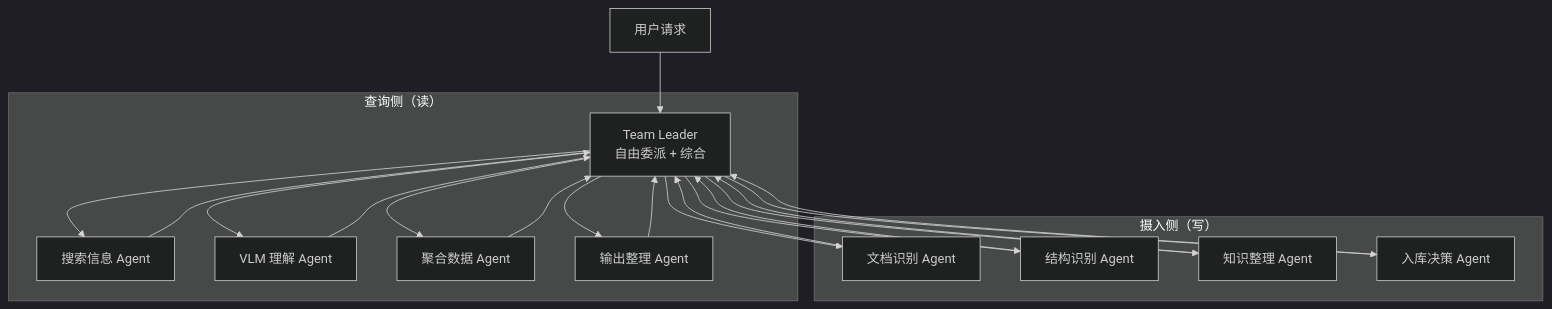
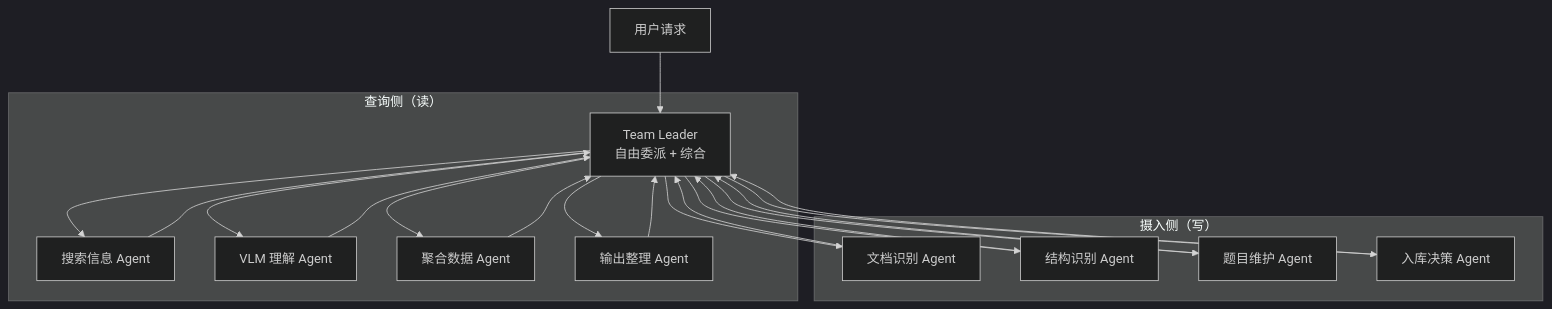
One commit to ttzc/gaokao_rag changed the second of 3 diagrams in docs/agent/README.md. Above: the diagram before and after it, drawn with Mermaid (dark theme). The commit also changed other lines of this file and 24 other files, not shown here.

````diff
--- a/docs/agent/README.md
+++ b/docs/agent/README.md
@@ -69,27 +70,27 @@
 ```mermaid
 flowchart TD
     U[用户请求] --> L[Team Leader<br/>自由委派 + 综合]
 
     subgraph "查询侧（读）"
         L --> A1[搜索信息 Agent]
         L --> A2[VLM 理解 Agent]
         L --> A3[聚合数据 Agent]
         L --> A4[输出整理 Agent]
     end
 
     subgraph "摄入侧（写）"
         L --> B1[文档识别 Agent]
         L --> B2[结构识别 Agent]
-        L --> B3[知识整理 Agent]
+        L --> B3[题目维护 Agent]
         L --> B4[入库决策 Agent]
     end
 
     A1 --> L
     A2 --> L
     A3 --> L
     A4 --> L
     B1 --> L
     B2 --> L
     B3 --> L
     B4 --> L
 ```
````
